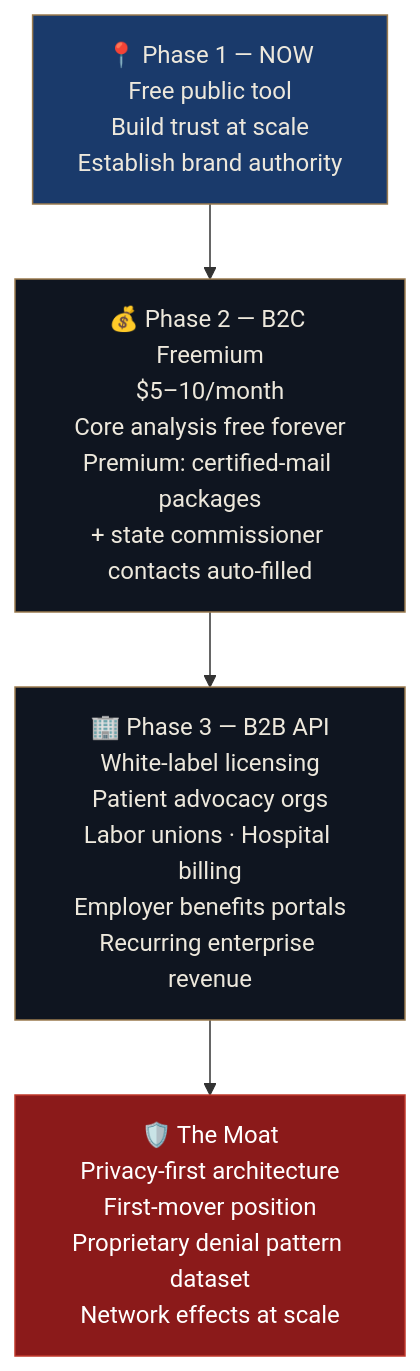
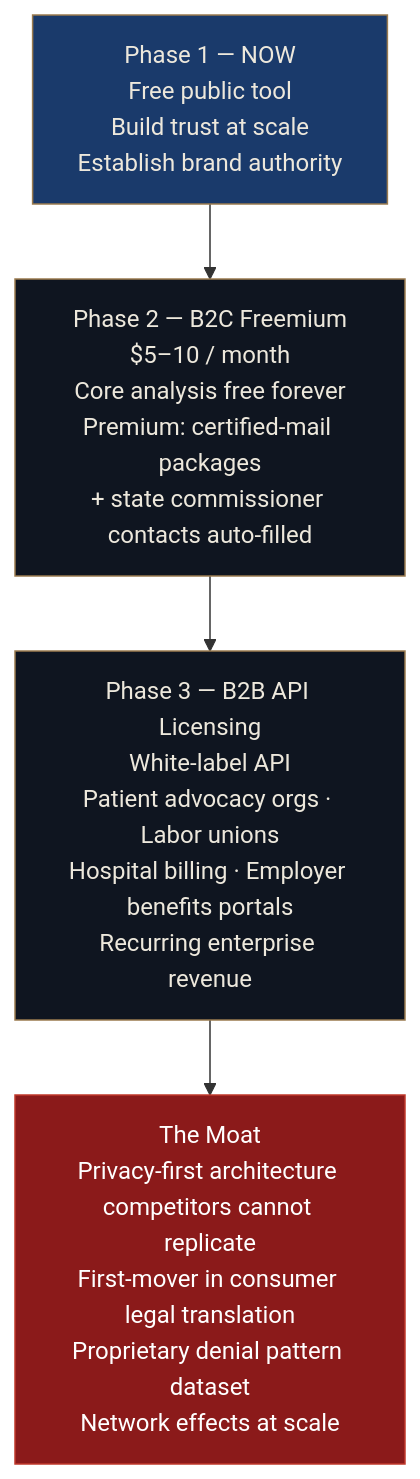
The ninth of 13 diagrams in README.md (Iceman-Dann/UnDenied), drawn with Mermaid before and after one commit. The commit also changed other lines of this file, not shown here.

````diff
--- a/README.md
+++ b/README.md
@@ -284,14 +280,14 @@
 ```mermaid
 flowchart TD
-    NOW["📍 Phase 1 — NOW\nFree public tool\nBuild trust at scale\nEstablish brand authority"]
-    P2["💰 Phase 2 — B2C Freemium\n$5–10/month\nCore analysis free forever\nPremium: certified-mail packages\n+ state commissioner contacts auto-filled"]
-    P3["🏢 Phase 3 — B2B API\nWhite-label licensing\nPatient advocacy orgs\nLabor unions · Hospital billing\nEmployer benefits portals\nRecurring enterprise revenue"]
-    MOAT["🛡️ The Moat\nPrivacy-first architecture\nFirst-mover position\nProprietary denial pattern dataset\nNetwork effects at scale"]
+    NOW["Phase 1 — NOW\nFree public tool\nBuild trust at scale\nEstablish brand authority"]
+    P2["Phase 2 — B2C Freemium\n$5–10 / month\nCore analysis free forever\nPremium: certified-mail packages\n+ state commissioner contacts auto-filled"]
+    P3["Phase 3 — B2B API Licensing\nWhite-label API\nPatient advocacy orgs · Labor unions\nHospital billing · Employer benefits portals\nRecurring enterprise revenue"]
+    MOAT["The Moat\nPrivacy-first architecture competitors cannot replicate\nFirst-mover in consumer legal translation\nProprietary denial pattern dataset\nNetwork effects at scale"]
 
     NOW --> P2 --> P3 --> MOAT
 
     style NOW fill:#1a3a6b,stroke:#9a7b4f,color:#ede8dc
     style P2 fill:#0f1520,stroke:#9a7b4f,color:#ede8dc
     style P3 fill:#0f1520,stroke:#9a7b4f,color:#ede8dc
     style MOAT fill:#8b1a1a,stroke:#c0392b,color:#ffffff
 ```
````
